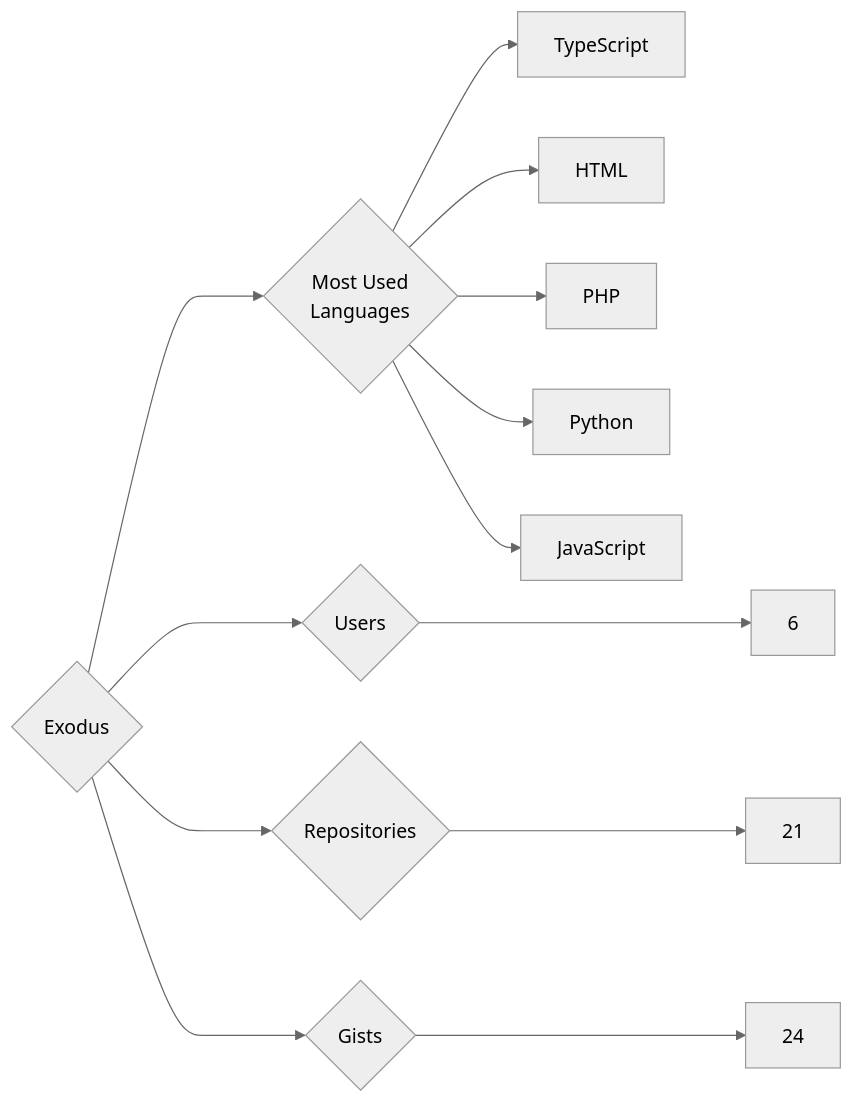
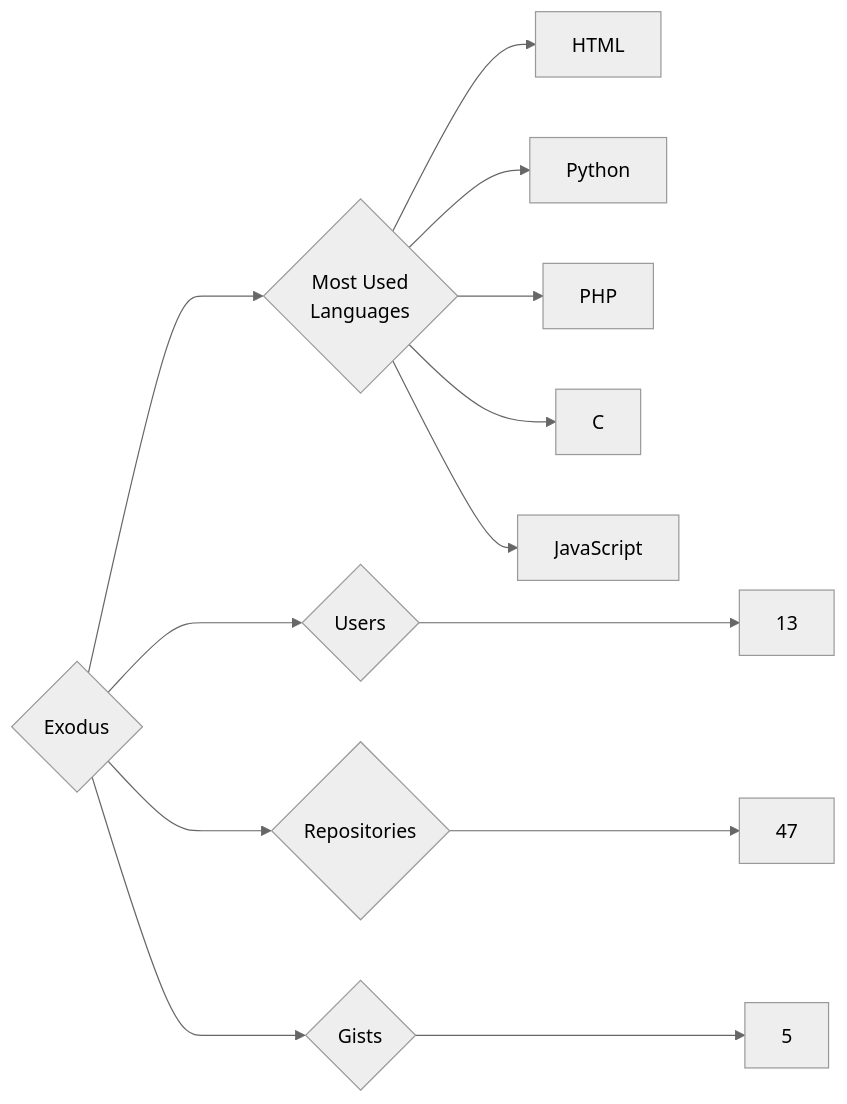
The diagram in targets/Exodus/README.md (trickest/insiders), drawn with Mermaid (neutral theme) before and after one commit. The commit also changed 944 other files, not shown here.

````diff
--- a/targets/Exodus/README.md
+++ b/targets/Exodus/README.md
@@ -3,13 +3,13 @@
 ```mermaid
 graph LR
 COMPANY_NAME{Exodus}
-COMPANY_NAME ---> U{Users} ---> UN[6]
-COMPANY_NAME ---> R{Repositories} ---> RN[21]
-COMPANY_NAME ---> G{Gists} ---> GN[24]
+COMPANY_NAME ---> U{Users} ---> UN[13]
+COMPANY_NAME ---> R{Repositories} ---> RN[47]
+COMPANY_NAME ---> G{Gists} ---> GN[5]
 COMPANY_NAME ---> ML{Most Used<br>Languages}
-ML --> TypeScript[TypeScript]
 ML --> HTML[HTML]
+ML --> Python[Python]
 ML --> PHP[PHP]
-ML --> Python[Python]
+ML --> C[C]
 ML --> JavaScript[JavaScript]
 ```
````
